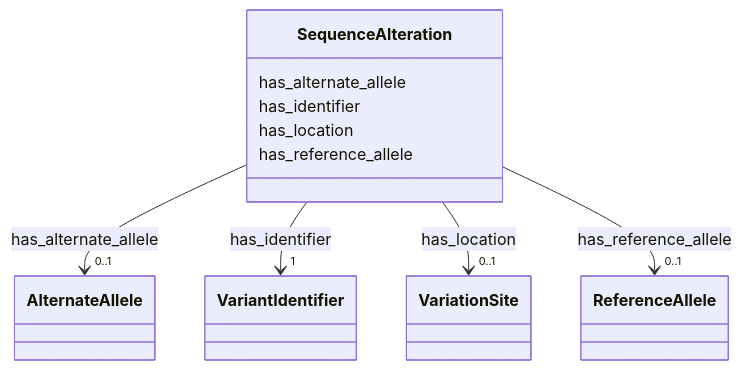
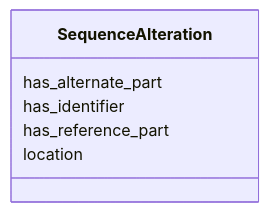
One commit to neurovasc/neugenfair changed the diagram in schemas/docs/SequenceAlteration.md. Above: the diagram before and after it, drawn with Mermaid. The commit also changed other lines of this file and 80 other files, not shown here.

Commit message:
modified SequenceAlteration, VariantIdentifier and Region models

````diff
--- a/schemas/docs/SequenceAlteration.md
+++ b/schemas/docs/SequenceAlteration.md
@@ -18,50 +18,14 @@
 ```mermaid
  classDiagram
     class SequenceAlteration
     click SequenceAlteration href "../SequenceAlteration/"
-      SequenceAlteration : has_alternate_allele
-        
-          
-    
-        
-        
-        SequenceAlteration --> "0..1" AlternateAllele : has_alternate_allele
-        click AlternateAllele href "../AlternateAllele/"
-    
-
+      SequenceAlteration : has_alternate_part
         
       SequenceAlteration : has_identifier
         
-          
-    
+      SequenceAlteration : has_reference_part
         
-        
-        SequenceAlteration --> "1" VariantIdentifier : has_identifier
-        click VariantIdentifier href "../VariantIdentifier/"
-    
-
-        
-      SequenceAlteration : has_location
-        
-          
-    
-        
-        
-        SequenceAlteration --> "0..1" VariationSite : has_location
-        click VariationSite href "../VariationSite/"
-    
-
-        
-      SequenceAlteration : has_reference_allele
-        
-          
-    
-        
-        
-        SequenceAlteration --> "0..1" ReferenceAllele : has_reference_allele
-        click ReferenceAllele href "../ReferenceAllele/"
-    
-
+      SequenceAlteration : location
         
       
 ```
````
